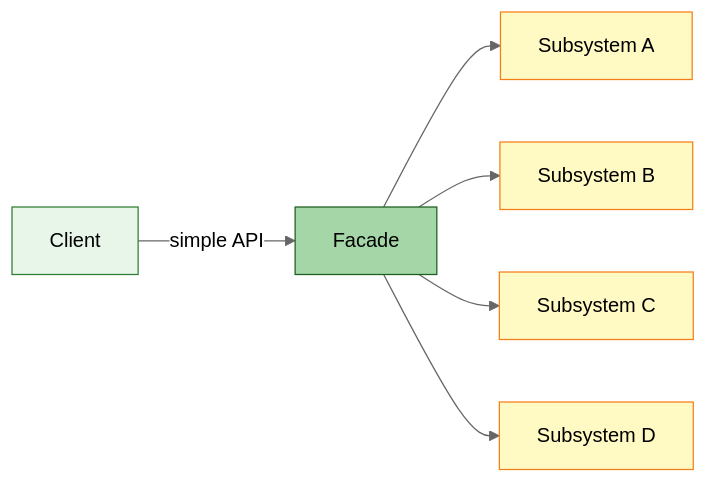
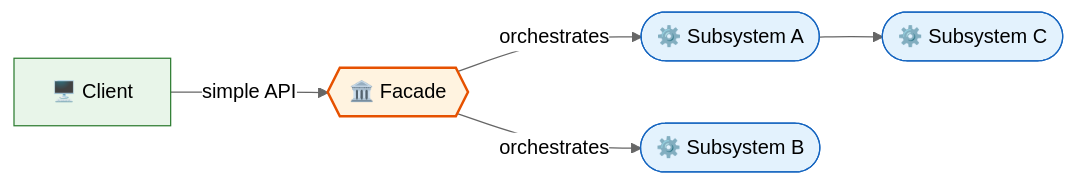
The second of 3 diagrams in docs/designpatterns/structuralDesignPatterns/facadedesignpattern.md (saivamsikaruturi/vamsilabs-dev-notes-main), drawn with Mermaid (neutral theme) before and after one commit. The commit also changed other lines of this file and 42 other files, not shown here.

````diff
--- a/docs/designpatterns/structuralDesignPatterns/facadedesignpattern.md
+++ b/docs/designpatterns/structuralDesignPatterns/facadedesignpattern.md
@@ -34,22 +30,13 @@
 ```mermaid
 flowchart LR
-    Client["Client"]
-    Facade["Facade"]
-    SubA["Subsystem A"]
-    SubB["Subsystem B"]
-    SubC["Subsystem C"]
-    SubD["Subsystem D"]
+    Client["🖥️ Client"] -->|"simple API"| Facade{{"🏛️ Facade"}}
+    Facade -->|"orchestrates"| SubA(["⚙️ Subsystem A"])
+    Facade -->|"orchestrates"| SubB(["⚙️ Subsystem B"])
+    SubA --> SubC(["⚙️ Subsystem C"])
 
-    Client -->|simple API| Facade
-    Facade --> SubA
-    Facade --> SubB
-    Facade --> SubC
-    Facade --> SubD
-
-    style Client fill:#e8f5e9,stroke:#2e7d32,color:#000
-    style Facade fill:#a5d6a7,stroke:#1b5e20,color:#000
-    style SubA fill:#fff9c4,stroke:#f57f17,color:#000
-    style SubB fill:#fff9c4,stroke:#f57f17,color:#000
-    style SubC fill:#fff9c4,stroke:#f57f17,color:#000
-    style SubD fill:#fff9c4,stroke:#f57f17,color:#000
+    style Client fill:#E8F5E9,stroke:#2E7D32,color:#000
+    style Facade fill:#FFF3E0,stroke:#E65100,stroke-width:2px,color:#000
+    style SubA fill:#E3F2FD,stroke:#1565C0,color:#000
+    style SubB fill:#E3F2FD,stroke:#1565C0,color:#000
+    style SubC fill:#E3F2FD,stroke:#1565C0,color:#000
 ```
````
